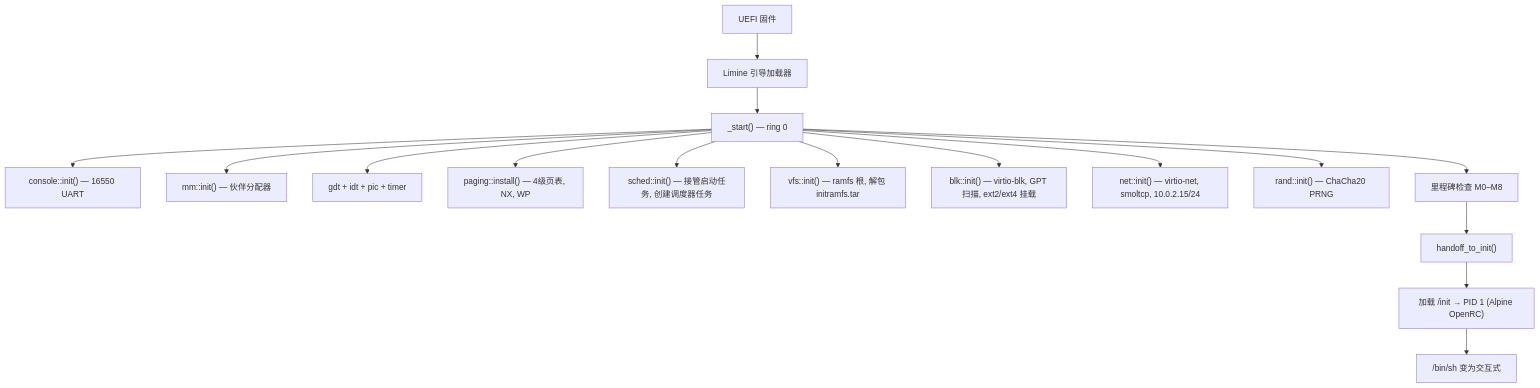
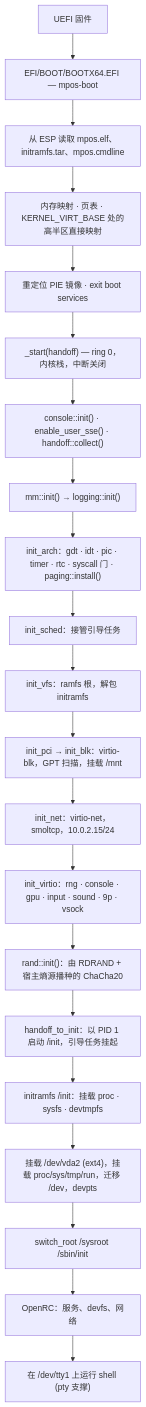
One commit to sgj123456/MPOS changed the second of 5 diagrams in README.zh.md. Above: the diagram before and after it, drawn with Mermaid. The commit also changed other lines of this file and 2 other files, not shown here.

````diff
--- a/README.zh.md
+++ b/README.zh.md
@@ -118,18 +139,23 @@
 ```mermaid
 graph TD
-    A["UEFI 固件"] --> B["Limine 引导加载器"]
-    B --> C["_start() — ring 0"]
-    C --> D["console::init() — 16550 UART"]
-    C --> E["mm::init() — 伙伴分配器"]
-    C --> F["gdt + idt + pic + timer"]
-    C --> G["paging::install() — 4级页表, NX, WP"]
-    C --> H["sched::init() — 接管启动任务, 创建调度器任务"]
-    C --> I["vfs::init() — ramfs 根, 解包 initramfs.tar"]
-    C --> J["blk::init() — virtio-blk, GPT 扫描, ext2/ext4 挂载"]
-    C --> K["net::init() — virtio-net, smoltcp, 10.0.2.15/24"]
-    C --> L["rand::init() — ChaCha20 PRNG"]
-    C --> M["里程碑检查 M0–M8"]
-    M --> N["handoff_to_init()"]
-    N --> O["加载 /init → PID 1 (Alpine OpenRC)"]
-    O --> P["/bin/sh 变为交互式"]
+    A["UEFI 固件"] --> B["EFI/BOOT/BOOTX64.EFI — mpos-boot"]
+    B --> B1["从 ESP 读取 mpos.elf、initramfs.tar、mpos.cmdline"]
+    B1 --> B2["内存映射 · 页表 · KERNEL_VIRT_BASE 处的高半区直接映射"]
+    B2 --> B3["重定位 PIE 镜像 · exit boot services"]
+    B3 --> C["_start(handoff) — ring 0，内核栈，中断关闭"]
+    C --> C1["console::init() · enable_user_sse() · handoff::collect()"]
+    C1 --> D["mm::init() → logging::init()"]
+    D --> E["init_arch：gdt · idt · pic · timer · rtc · syscall 门 · paging::install()"]
+    E --> F["init_sched：接管引导任务"]
+    F --> G["init_vfs：ramfs 根，解包 initramfs"]
+    G --> H["init_pci → init_blk：virtio-blk，GPT 扫描，挂载 /mnt"]
+    H --> I["init_net：virtio-net，smoltcp，10.0.2.15/24"]
+    I --> J["init_virtio：rng · console · gpu · input · sound · 9p · vsock"]
+    J --> K["rand::init()：由 RDRAND + 宿主熵源播种的 ChaCha20"]
+    K --> L["handoff_to_init：以 PID 1 启动 /init，引导任务挂起"]
+    L --> M["initramfs /init：挂载 proc · sysfs · devtmpfs"]
+    M --> N["挂载 /dev/vda2 (ext4)，挂载 proc/sys/tmp/run，迁移 /dev，devpts"]
+    N --> O["switch_root /sysroot /sbin/init"]
+    O --> P["OpenRC：服务、devfs、网络"]
+    P --> Q["在 /dev/tty1 上运行 shell (pty 支撑)"]
 ```
````
